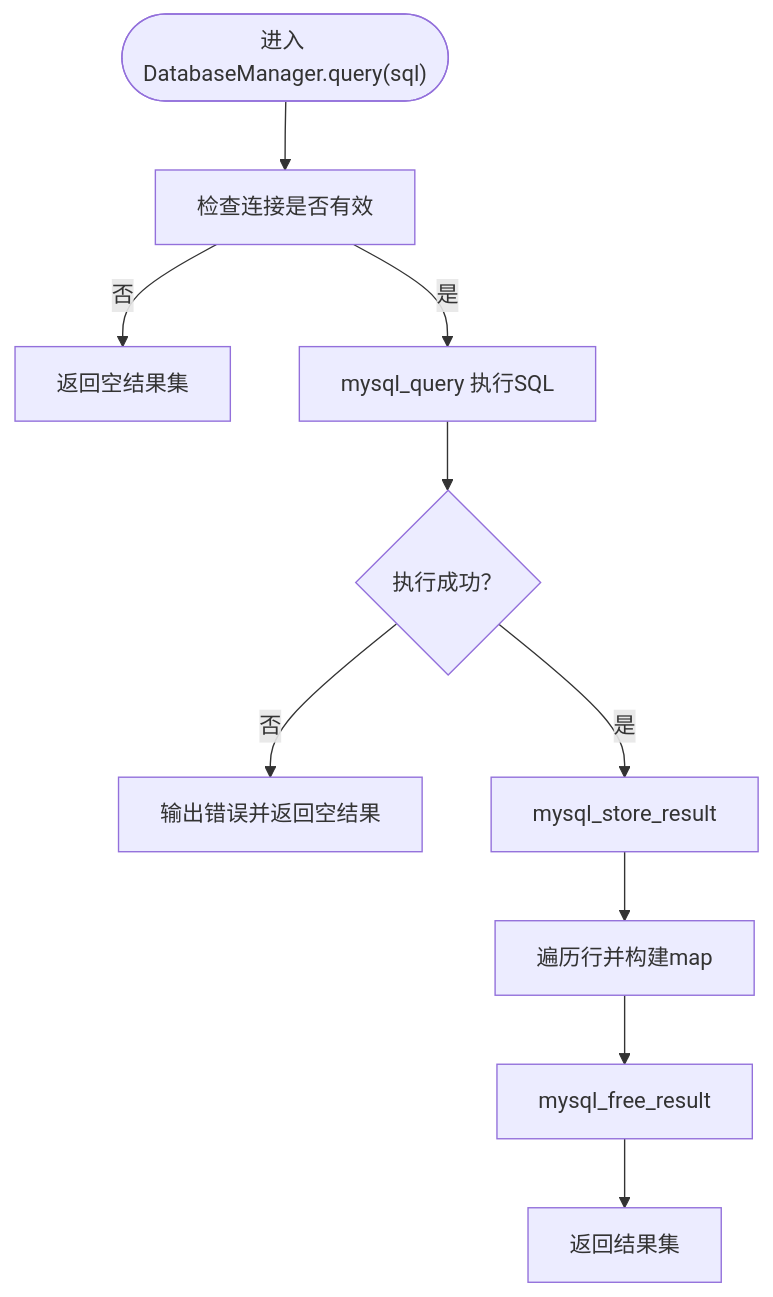
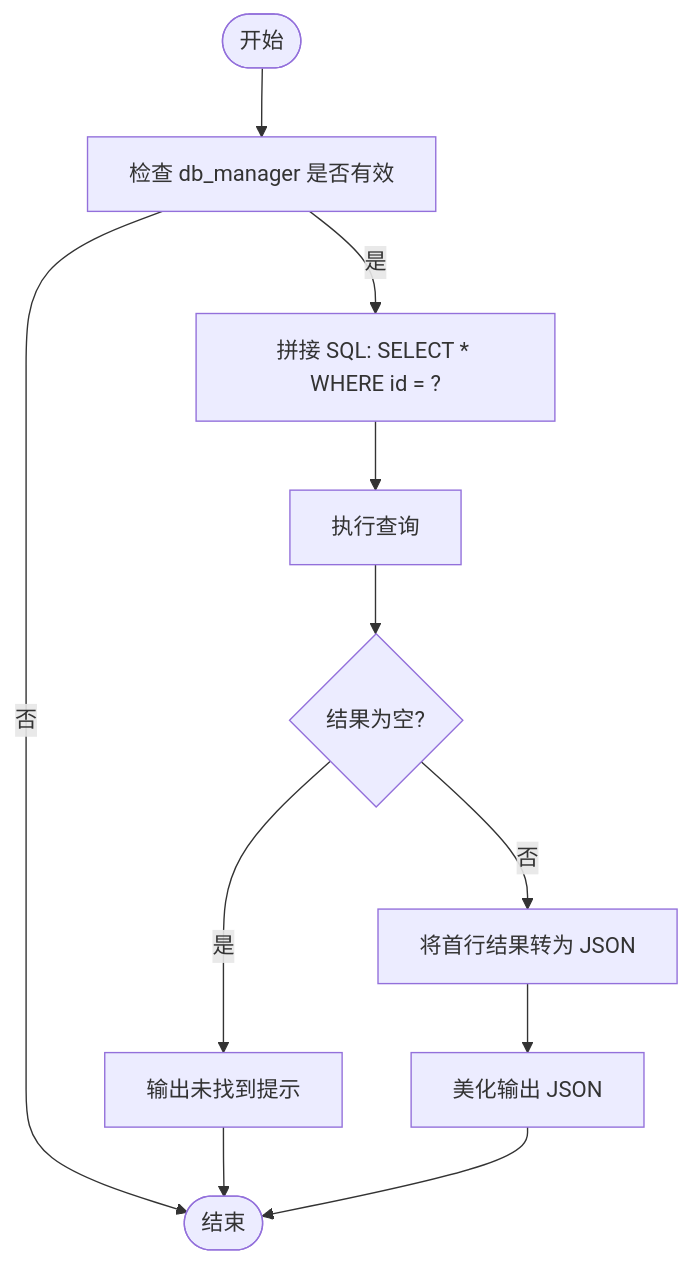
Before and after one commit to jinpeng900/OJ-Test: the fifth of 7 diagrams in .qoder/repowiki/zh/content/核心模块详解/管理员模块.md, drawn with Mermaid. The commit also changed other lines of this file and 147 other files, not shown here.

````diff
--- a/.qoder/repowiki/zh/content/核心模块详解/管理员模块.md
+++ b/.qoder/repowiki/zh/content/核心模块详解/管理员模块.md
@@ -231,12 +201,12 @@
 ```mermaid
 flowchart TD
-QStart(["进入 DatabaseManager.query(sql)"]) --> CheckConn["检查连接是否有效"]
-CheckConn --> |否| ReturnEmpty["返回空结果集"]
-CheckConn --> |是| ExecQuery["mysql_query 执行SQL"]
-ExecQuery --> QueryOK{"执行成功？"}
-QueryOK --> |否| PrintErr["输出错误并返回空结果"]
-QueryOK --> |是| StoreRes["mysql_store_result"]
-StoreRes --> LoopRows["遍历行并构建map"]
-LoopRows --> FreeRes["mysql_free_result"]
-FreeRes --> ReturnResults["返回结果集"]
+Start(["开始"]) --> CheckDB["检查 db_manager 是否有效"]
+CheckDB --> |否| End(["结束"])
+CheckDB --> |是| BuildSQL["拼接 SQL: SELECT * WHERE id = ?"]
+BuildSQL --> Query["执行查询"]
+Query --> Empty{"结果为空?"}
+Empty --> |是| NotFound["输出未找到提示"] --> End
+Empty --> |否| ToJSON["将首行结果转为 JSON"]
+ToJSON --> PrettyPrint["美化输出 JSON"]
+PrettyPrint --> End
 ```
````
